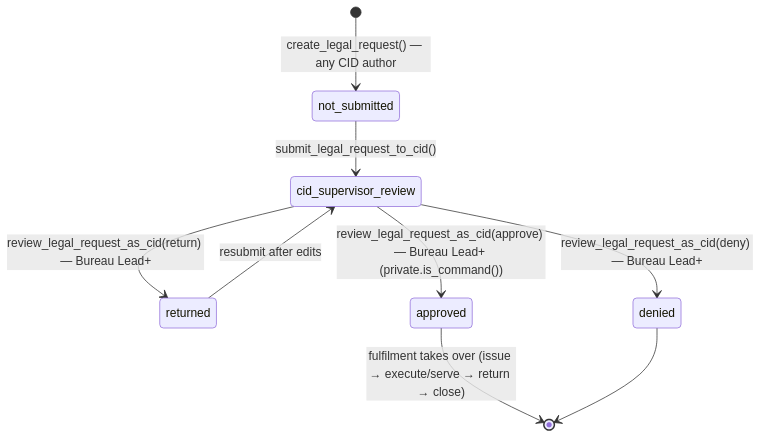
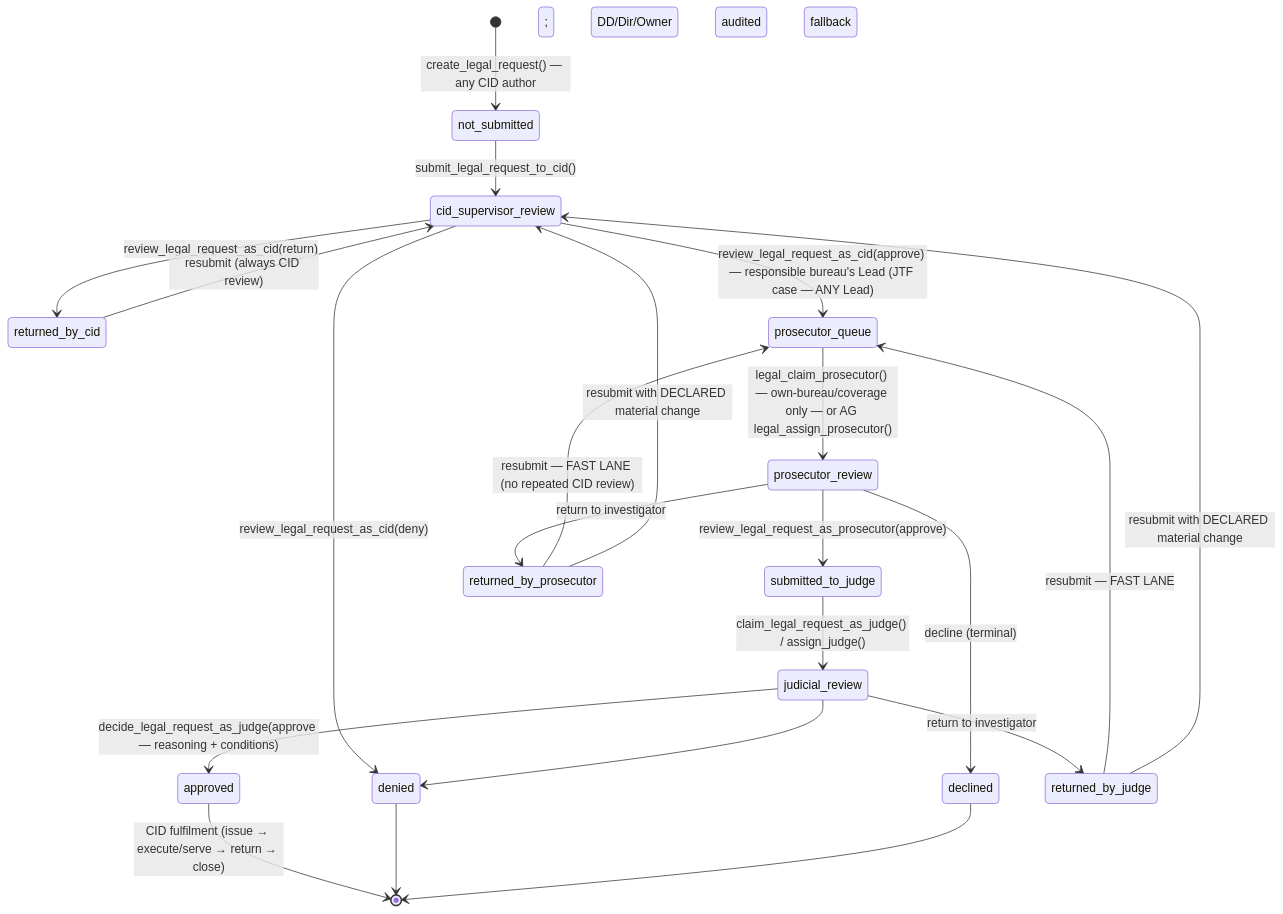
Before and after one commit to hamadalrumaihi/cid: the third of 6 diagrams in docs/WORKFLOWS.md, drawn with Mermaid. The commit also changed other lines of this file and 7 other files, not shown here.

First line of the commit message:
Bureau prosecutor queues, review routing, stages, evidence designation (migration + docs)

````diff
--- a/docs/WORKFLOWS.md
+++ b/docs/WORKFLOWS.md
@@ -141,11 +150,24 @@
 ```mermaid
 stateDiagram-v2
     [*] --> not_submitted: create_legal_request() — any CID author
     not_submitted --> cid_supervisor_review: submit_legal_request_to_cid()
-    cid_supervisor_review --> returned: review_legal_request_as_cid(return) — Bureau Lead+
-    returned --> cid_supervisor_review: resubmit after edits
-    cid_supervisor_review --> approved: review_legal_request_as_cid(approve) — Bureau Lead+ (private.is_command())
-    cid_supervisor_review --> denied: review_legal_request_as_cid(deny) — Bureau Lead+
-    approved --> [*]: fulfilment takes over (issue → execute/serve → return → close)
+    cid_supervisor_review --> returned_by_cid: review_legal_request_as_cid(return)
+    returned_by_cid --> cid_supervisor_review: resubmit (always CID review)
+    cid_supervisor_review --> prosecutor_queue: review_legal_request_as_cid(approve) — responsible bureau's Lead (JTF case — ANY Lead); DD/Dir/Owner audited fallback
+    cid_supervisor_review --> denied: review_legal_request_as_cid(deny)
+    prosecutor_queue --> prosecutor_review: legal_claim_prosecutor() — own-bureau/coverage only — or AG legal_assign_prosecutor()
+    prosecutor_review --> submitted_to_judge: review_legal_request_as_prosecutor(approve)
+    prosecutor_review --> returned_by_prosecutor: return to investigator
+    prosecutor_review --> declined: decline (terminal)
+    returned_by_prosecutor --> prosecutor_queue: resubmit — FAST LANE (no repeated CID review)
+    returned_by_prosecutor --> cid_supervisor_review: resubmit with DECLARED material change
+    submitted_to_judge --> judicial_review: claim_legal_request_as_judge() / assign_judge()
+    judicial_review --> approved: decide_legal_request_as_judge(approve — reasoning + conditions)
+    judicial_review --> denied
+    judicial_review --> returned_by_judge: return to investigator
+    returned_by_judge --> prosecutor_queue: resubmit — FAST LANE
+    returned_by_judge --> cid_supervisor_review: resubmit with DECLARED material change
+    approved --> [*]: CID fulfilment (issue → execute/serve → return → close)
     denied --> [*]
+    declined --> [*]
 ```
````
